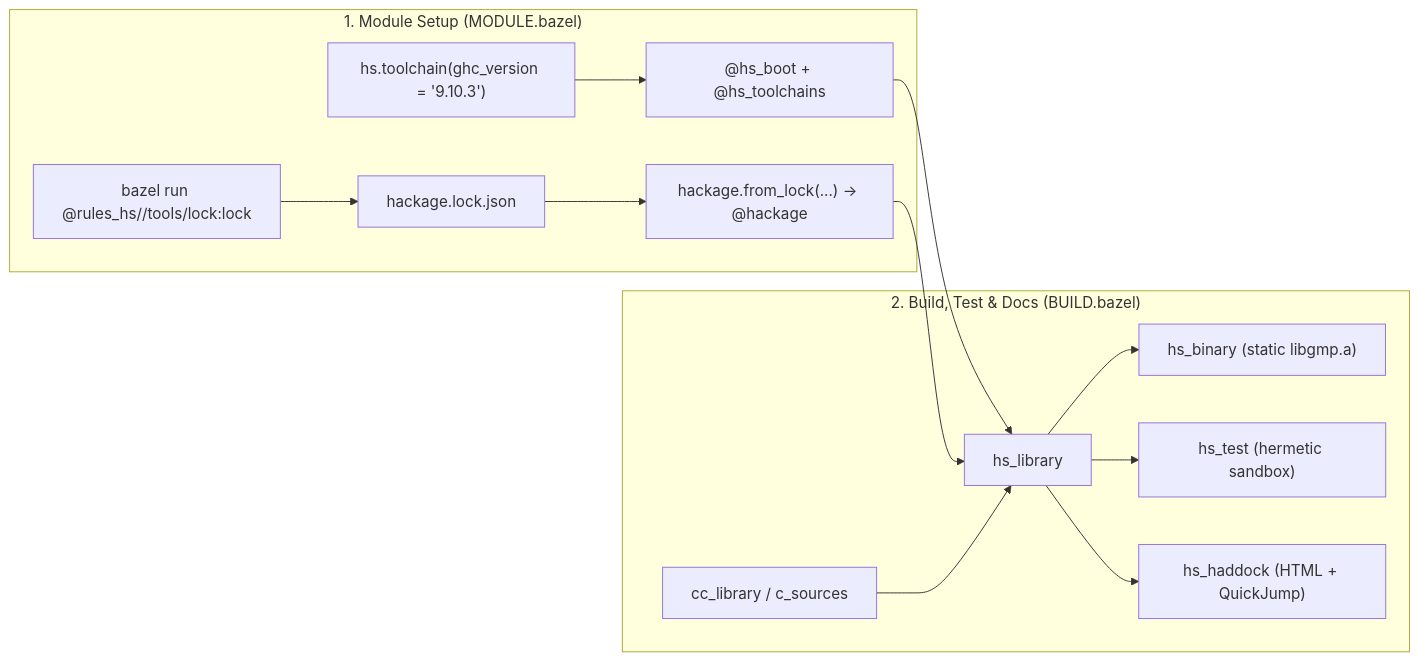
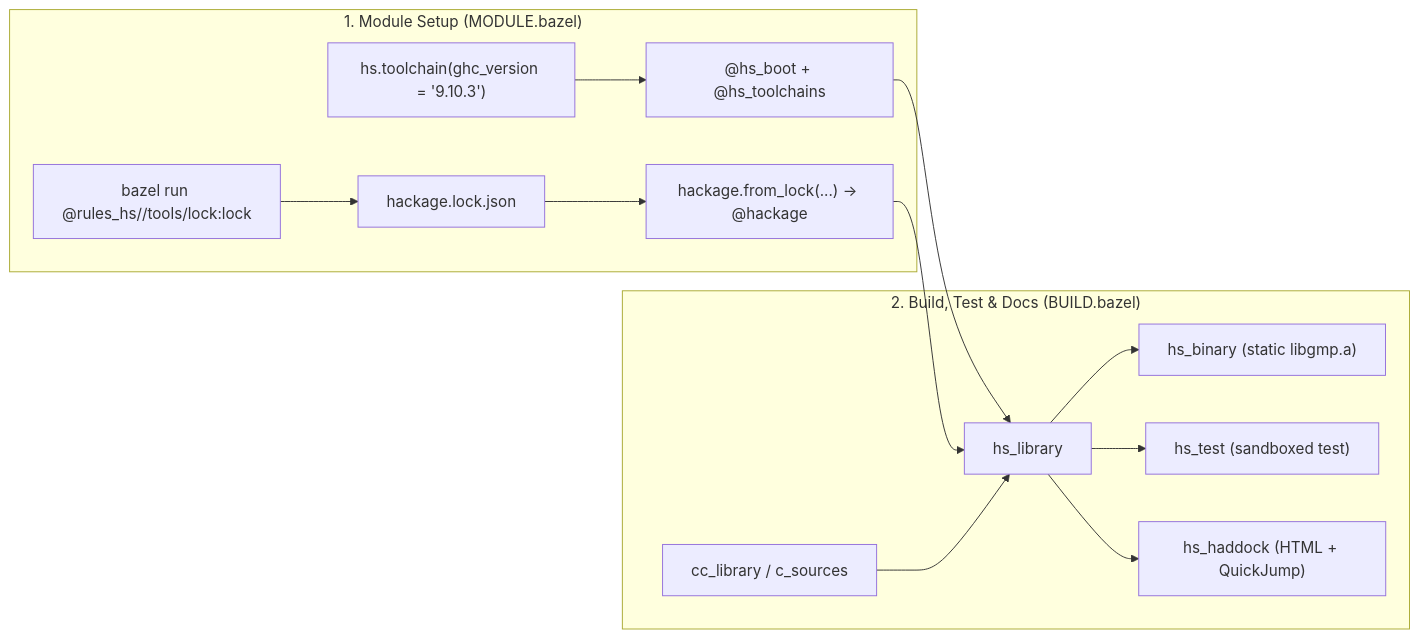
One commit to kaycebasques/hs changed the diagram in docs/content/index.md. Above: the diagram before and after it, drawn with Mermaid. The commit also changed other lines of this file and 8 other files, not shown here.

````diff
--- a/docs/content/index.md
+++ b/docs/content/index.md
@@ -34,17 +72,17 @@
 ```mermaid
 flowchart LR
     subgraph Setup["1. Module Setup (MODULE.bazel)"]
         TC["hs.toolchain(ghc_version = '9.10.3')"] --> BOOT["@hs_boot + @hs_toolchains"]
         LOCKCLI["bazel run @rules_hs//tools/lock:lock"] --> LOCKJSON["hackage.lock.json"]
         LOCKJSON --> HACK["hackage.from_lock(...) -> @hackage"]
     end
 
     subgraph Build["2. Build, Test & Docs (BUILD.bazel)"]
         BOOT --> LIB["hs_library"]
         HACK --> LIB
         CC["cc_library / c_sources"] --> LIB
         LIB --> BIN["hs_binary (static libgmp.a)"]
-        LIB --> TEST["hs_test (hermetic sandbox)"]
+        LIB --> TEST["hs_test (sandboxed test)"]
         LIB --> DOC["hs_haddock (HTML + QuickJump)"]
     end
 ```
````
